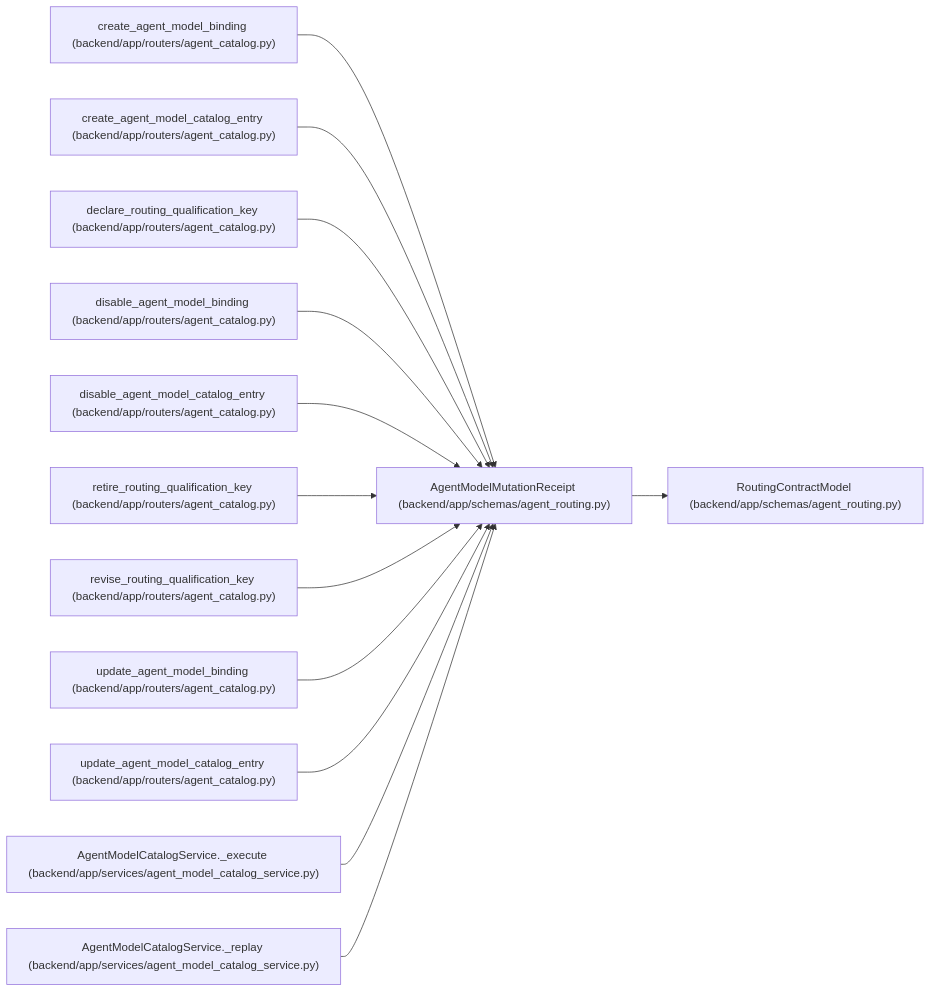
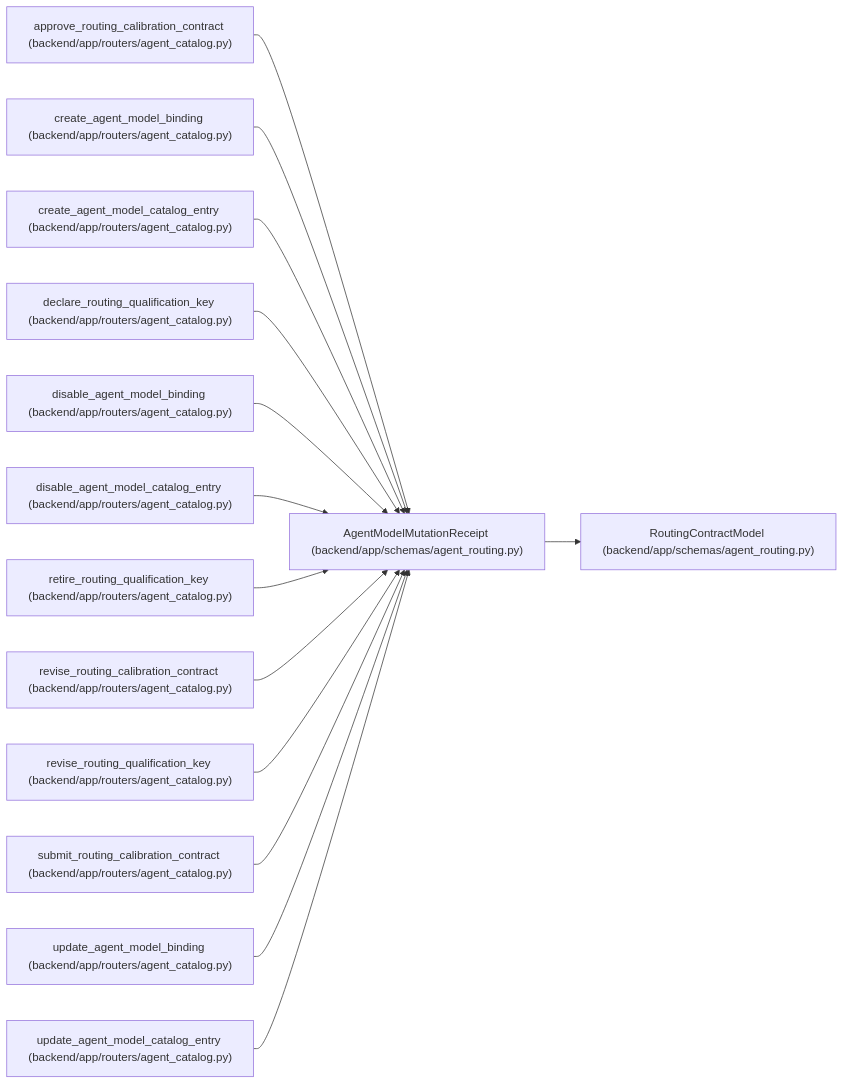
Before and after one commit to Denissvgn/WorkChord: the diagram in docs/llm_wiki/entities/agent_routing_AgentModelMutationReceipt.md, drawn with Mermaid. The commit also changed other lines of this file and 836 other files, not shown here.

Commit message:
Sync the architectural wiki for the calibration contract

````diff
--- a/docs/llm_wiki/entities/agent_routing_AgentModelMutationReceipt.md
+++ b/docs/llm_wiki/entities/agent_routing_AgentModelMutationReceipt.md
@@ -38,41 +38,44 @@
 ```mermaid
 flowchart LR
     n0["AgentModelMutationReceipt (backend/app/schemas/agent_routing.py)"]
     n1["RoutingContractModel (backend/app/schemas/agent_routing.py)"]
-    n2["create_agent_model_binding (backend/app/routers/agent_catalog.py)"]
-    n3["create_agent_model_catalog_entry (backend/app/routers/agent_catalog.py)"]
-    n4["declare_routing_qualification_key (backend/app/routers/agent_catalog.py)"]
-    n5["disable_agent_model_binding (backend/app/routers/agent_catalog.py)"]
-    n6["disable_agent_model_catalog_entry (backend/app/routers/agent_catalog.py)"]
-    n7["retire_routing_qualification_key (backend/app/routers/agent_catalog.py)"]
-    n8["revise_routing_qualification_key (backend/app/routers/agent_catalog.py)"]
-    n9["update_agent_model_binding (backend/app/routers/agent_catalog.py)"]
-    n10["update_agent_model_catalog_entry (backend/app/routers/agent_catalog.py)"]
-    n11["AgentModelCatalogService._execute (backend/app/services/agent_model_catalog_service.py)"]
-    n12["AgentModelCatalogService._replay (backend/app/services/agent_model_catalog_service.py)"]
+    n2["approve_routing_calibration_contract (backend/app/routers/agent_catalog.py)"]
+    n3["create_agent_model_binding (backend/app/routers/agent_catalog.py)"]
+    n4["create_agent_model_catalog_entry (backend/app/routers/agent_catalog.py)"]
+    n5["declare_routing_qualification_key (backend/app/routers/agent_catalog.py)"]
+    n6["disable_agent_model_binding (backend/app/routers/agent_catalog.py)"]
+    n7["disable_agent_model_catalog_entry (backend/app/routers/agent_catalog.py)"]
+    n8["retire_routing_qualification_key (backend/app/routers/agent_catalog.py)"]
+    n9["revise_routing_calibration_contract (backend/app/routers/agent_catalog.py)"]
+    n10["revise_routing_qualification_key (backend/app/routers/agent_catalog.py)"]
+    n11["submit_routing_calibration_contract (backend/app/routers/agent_catalog.py)"]
+    n12["update_agent_model_binding (backend/app/routers/agent_catalog.py)"]
+    n13["update_agent_model_catalog_entry (backend/app/routers/agent_catalog.py)"]
     n0 --> n1
     n2 --> n0
     n3 --> n0
     n4 --> n0
     n5 --> n0
     n6 --> n0
     n7 --> n0
     n8 --> n0
     n9 --> n0
     n10 --> n0
     n11 --> n0
     n12 --> n0
+    n13 --> n0
     click n0 "../modules/agent_routing.md"
     click n1 "../modules/agent_routing.md"
     click n2 "../modules/agent_catalog.md"
     click n3 "../modules/agent_catalog.md"
     click n4 "../modules/agent_catalog.md"
     click n5 "../modules/agent_catalog.md"
     click n6 "../modules/agent_catalog.md"
     click n7 "../modules/agent_catalog.md"
     click n8 "../modules/agent_catalog.md"
     click n9 "../modules/agent_catalog.md"
     click n10 "../modules/agent_catalog.md"
-    click n11 "../modules/agent_model_catalog_service.md"
-    click n12 "../modules/agent_model_catalog_service.md"
+    click n11 "../modules/agent_catalog.md"
+    click n12 "../modules/agent_catalog.md"
+    click n13 "../modules/agent_catalog.md"
 ```
````
